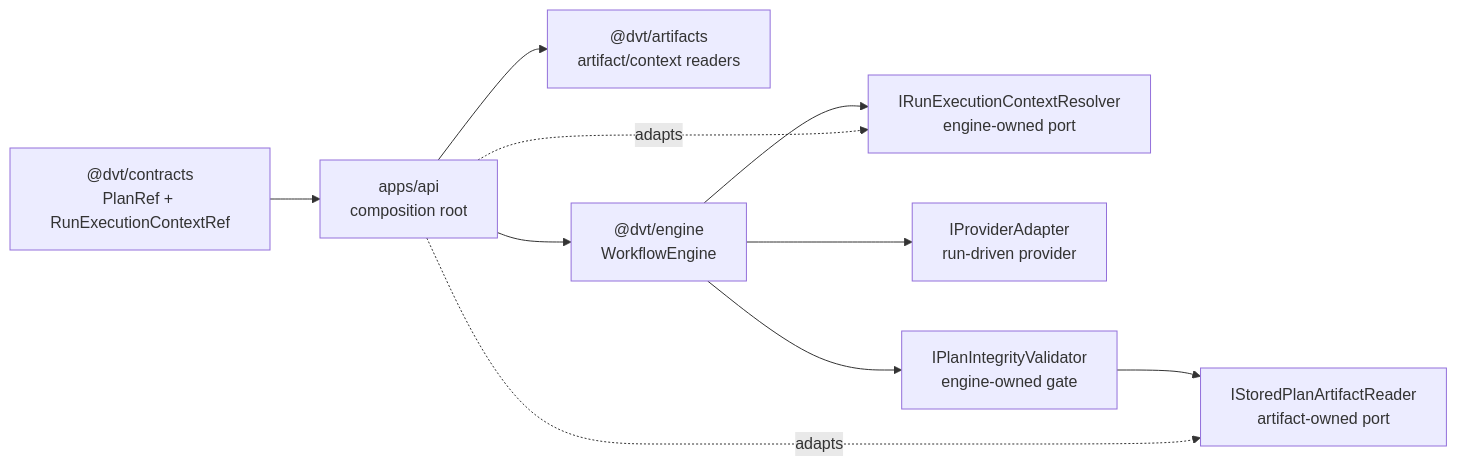
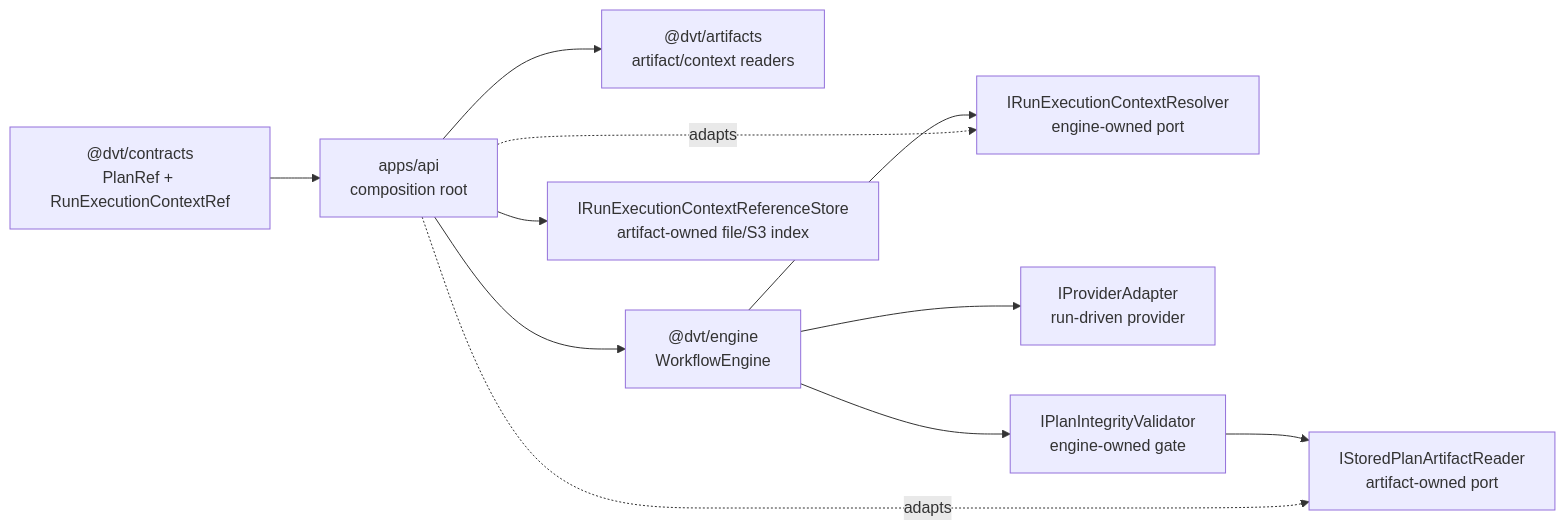
Before and after one commit to dunay2/dvt: the first of 2 diagrams in docs/architecture/components/engine/architecture/workflow-engine-boundary-ownership-component.md, drawn with Mermaid. The commit also changed other lines of this file and 3 other files, not shown here.

````diff
--- a/docs/architecture/components/engine/architecture/workflow-engine-boundary-ownership-component.md
+++ b/docs/architecture/components/engine/architecture/workflow-engine-boundary-ownership-component.md
@@ -79,20 +83,22 @@
 ```mermaid
 flowchart LR
   Contracts["@dvt/contracts<br/>PlanRef + RunExecutionContextRef"]
   Api["apps/api<br/>composition root"]
   Artifacts["@dvt/artifacts<br/>artifact/context readers"]
   Engine["@dvt/engine<br/>WorkflowEngine"]
   PlanPort["IStoredPlanArtifactReader<br/>artifact-owned port"]
+  ReferenceStore["IRunExecutionContextReferenceStore<br/>artifact-owned file/S3 index"]
   ContextPort["IRunExecutionContextResolver<br/>engine-owned port"]
   Adapter["IProviderAdapter<br/>run-driven provider"]
 
   Contracts --> Api
+  Api --> ReferenceStore
   Api --> Engine
   Api --> Artifacts
   Engine --> Validator["IPlanIntegrityValidator<br/>engine-owned gate"]
   Validator --> PlanPort
   Engine --> ContextPort
   Api -. adapts .-> PlanPort
   Api -. adapts .-> ContextPort
   Engine --> Adapter
 ```
````
